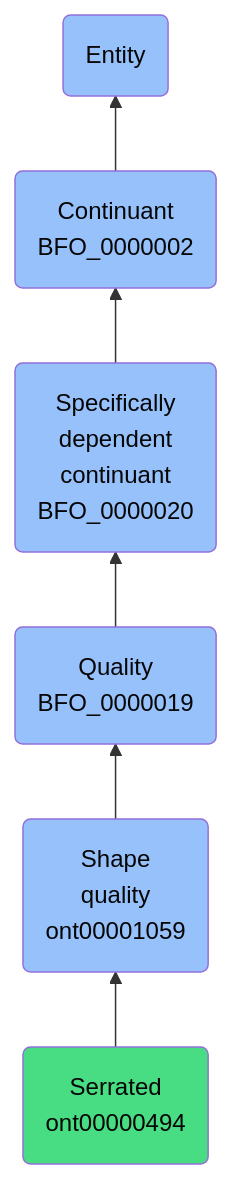
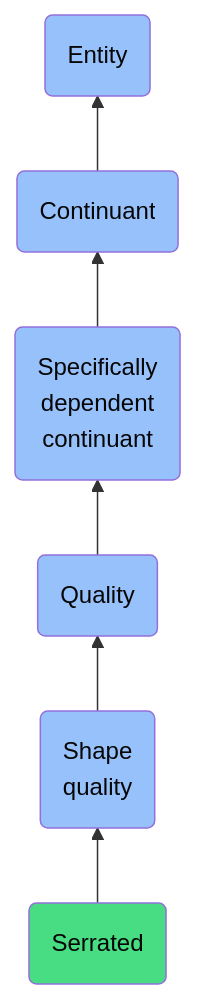
Before and after one commit to jupyter-naas/abi: the diagram in docs/ontology/reference/model/Entity/Continuant/Specifically dependent continuant/Quality/Shape quality/Serrated/Serrated.md, drawn with Mermaid. The commit also changed other lines of this file and 1430 other files, not shown here.

````diff
--- a/docs/ontology/reference/model/Entity/Continuant/Specifically dependent continuant/Quality/Shape quality/Serrated/Serrated.md
+++ b/docs/ontology/reference/model/Entity/Continuant/Specifically dependent continuant/Quality/Shape quality/Serrated/Serrated.md
@@ -24,13 +24,13 @@
 ```mermaid
 graph BT
-    ont00000494(Serrated<br>ont00000494):::ABI-->ont00001059
-    ont00001059(Shape<br>quality<br>ont00001059):::BFO-->BFO_0000019
-    BFO_0000019(Quality<br>BFO_0000019):::BFO-->BFO_0000020
-    BFO_0000020(Specifically<br>dependent<br>continuant<br>BFO_0000020):::BFO-->BFO_0000002
-    BFO_0000002(Continuant<br>BFO_0000002):::BFO-->BFO_0000001
+    ont00000494(Serrated):::ABI-->ont00001059
+    ont00001059(Shape<br>quality):::BFO-->BFO_0000019
+    BFO_0000019(Quality):::BFO-->BFO_0000020
+    BFO_0000020(Specifically<br>dependent<br>continuant):::BFO-->BFO_0000002
+    BFO_0000002(Continuant):::BFO-->BFO_0000001
     BFO_0000001(Entity):::BFO
     
     classDef BFO fill:#97c1fb,color:#060606
     classDef CCO fill:#e4c51e,color:#060606
     classDef ABI fill:#48DD82,color:#060606
 ```
````
